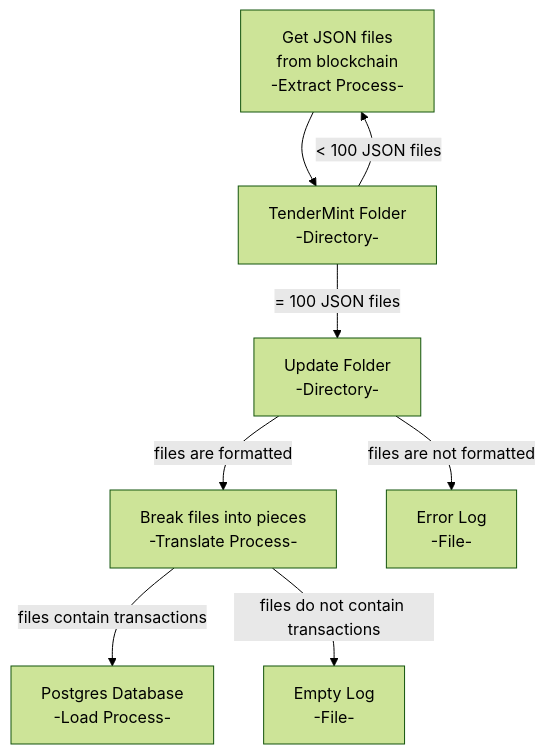
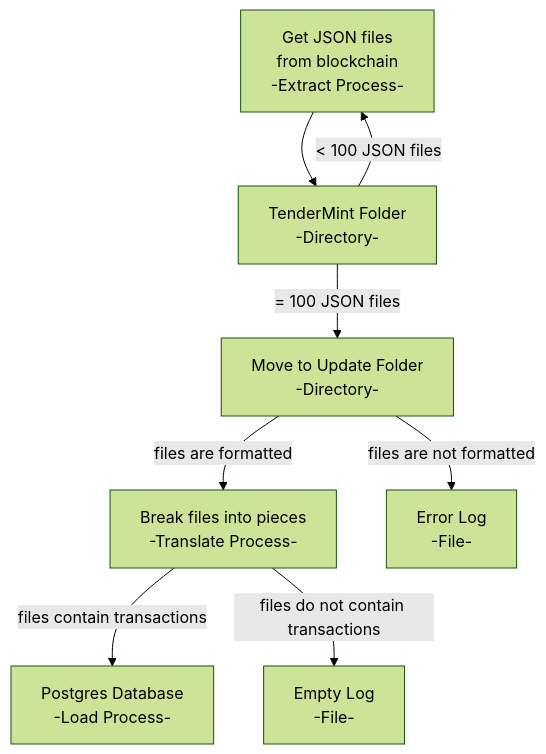
Before and after one commit to patmcfarland/one: the diagram in README.md, drawn with Mermaid (forest theme).

````diff
--- a/README.md
+++ b/README.md
@@ -1,16 +1,16 @@
 ```mermaid
 flowchart TD
 A[Get JSON files<br>from blockchain<br>-Extract Process-]
 A --> B
 B[TenderMint Folder<br>-Directory-]
-B -- = 100 JSON files --> C[Update Folder<br>-Directory-]
+B -- = 100 JSON files --> C[Move to Update Folder<br>-Directory-]
 B -- < 100 JSON files --> A
 C -- files are formatted --> D
 D[Break files into pieces<br>-Translate Process-]
 C -- files are not formatted --> E
 E[Error Log<br>-File-]
 F[Postgres Database<br>-Load Process-]
 D -- files contain transactions --> F
 D -- files do not contain transactions --> G
 G[Empty Log<br>-File-]
 ```
````
